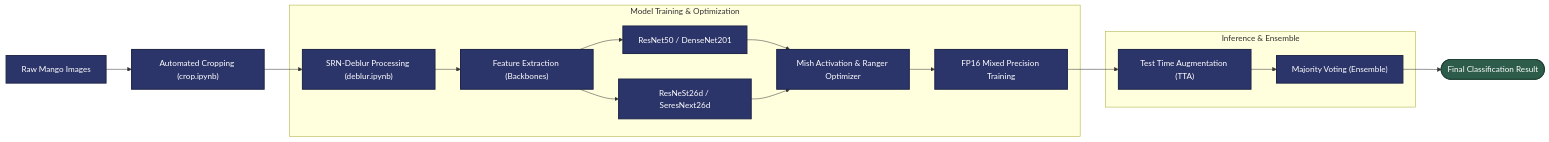
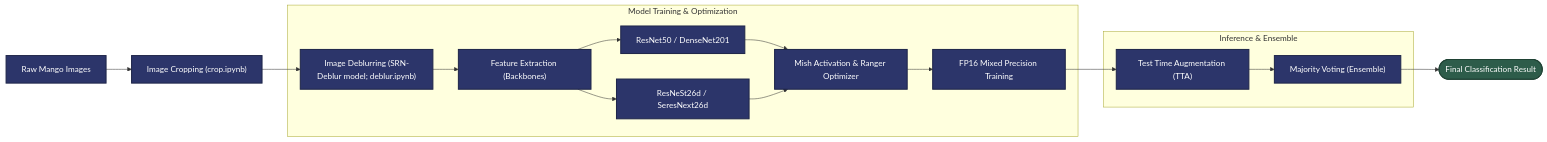
One commit to schaof/AI-Cup-2020-Mango-Image-Classification changed the diagram in README.md. Above: the diagram before and after it, drawn with Mermaid.

````diff
--- a/README.md
+++ b/README.md
@@ -5,29 +5,29 @@
 ```mermaid
 graph LR
-    A["Raw Mango Images"] --> B["Automated Cropping (crop.ipynb)"]
-    B --> C["SRN-Deblur Processing (deblur.ipynb)"]
+    A["Raw Mango Images"] --> B["Image Cropping (crop.ipynb)"]
+    B --> C["Image Deblurring (SRN-Deblur model; deblur.ipynb)"]
     
     subgraph Training_Phase["Model Training & Optimization"]
         C --> D["Feature Extraction (Backbones)"]
         D --> E["ResNet50 / DenseNet201"]
         D --> F["ResNeSt26d / SeresNext26d"]
         E --> G["Mish Activation & Ranger Optimizer"]
         F --> G
         G --> H["FP16 Mixed Precision Training"]
     end
 
     subgraph Inference_Phase["Inference & Ensemble"]
         H --> I["Test Time Augmentation (TTA)"]
         I --> J["Majority Voting (Ensemble)"]
     end
     
     J --> K(["Final Classification Result"])
 
     %% 視覺設定：定義企業級深色主題
     classDef premiumBlue fill:#2C356A,stroke:#1F264A,stroke-width:2px,color:#ffffff
     classDef premiumGreen fill:#2D5C4A,stroke:#1F4234,stroke-width:2px,color:#ffffff
 
     %% 套用配色
     class A,B,C,D,E,F,G,H,I,J premiumBlue
     class K premiumGreen
 ```
````
